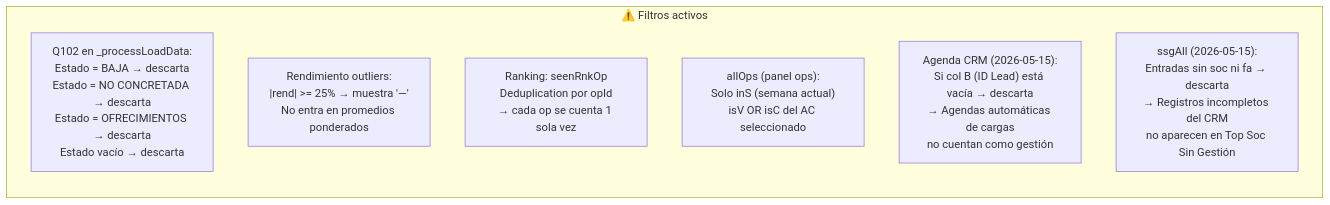
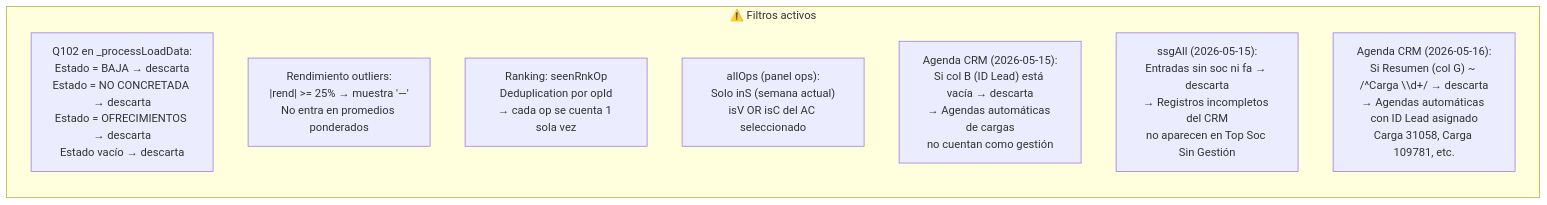
Before and after one commit to jsineriz-commits/ReporteSemanal: the fifth of 8 diagrams in MAPA_PROYECTO.md, drawn with Mermaid. The commit also changed other lines of this file, not shown here.

Commit message:
docs: actualizar MAPA_PROYECTO con todos los cambios del 15 y 16 mayo 2026

````diff
--- a/MAPA_PROYECTO.md
+++ b/MAPA_PROYECTO.md
@@ -125,11 +129,12 @@
 ```mermaid
 flowchart LR
     subgraph "⚠️ Filtros activos"
         F1["Q102 en _processLoadData:\nEstado = BAJA → descarta\nEstado = NO CONCRETADA → descarta\nEstado = OFRECIMIENTOS → descarta\nEstado vacío → descarta"]
         F2["Rendimiento outliers:\n|rend| >= 25% → muestra '—'\nNo entra en promedios ponderados"]
         F3["Ranking: seenRnkOp\nDeduplication por opId\n→ cada op se cuenta 1 sola vez"]
         F4["allOps (panel ops):\nSolo inS (semana actual)\nisV OR isC del AC seleccionado"]
         F5["Agenda CRM (2026-05-15):\nSi col B (ID Lead) está vacía → descarta\n→ Agendas automáticas de cargas\nno cuentan como gestión"]
         F6["ssgAll (2026-05-15):\nEntradas sin soc ni fa → descarta\n→ Registros incompletos del CRM\nno aparecen en Top Soc Sin Gestión"]
+        F7["Agenda CRM (2026-05-16):\nSi Resumen (col G) ~ /^Carga \\d+/ → descarta\n→ Agendas automáticas con ID Lead asignado\nCarga 31058, Carga 109781, etc."]
     end
 ```
````
